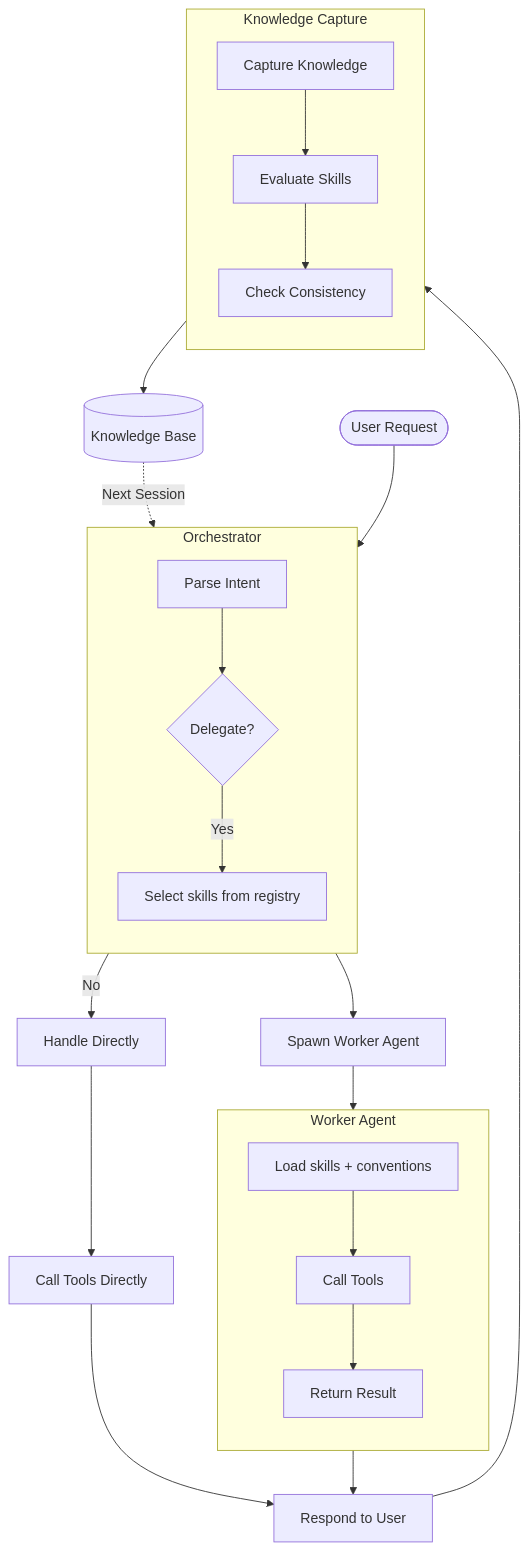
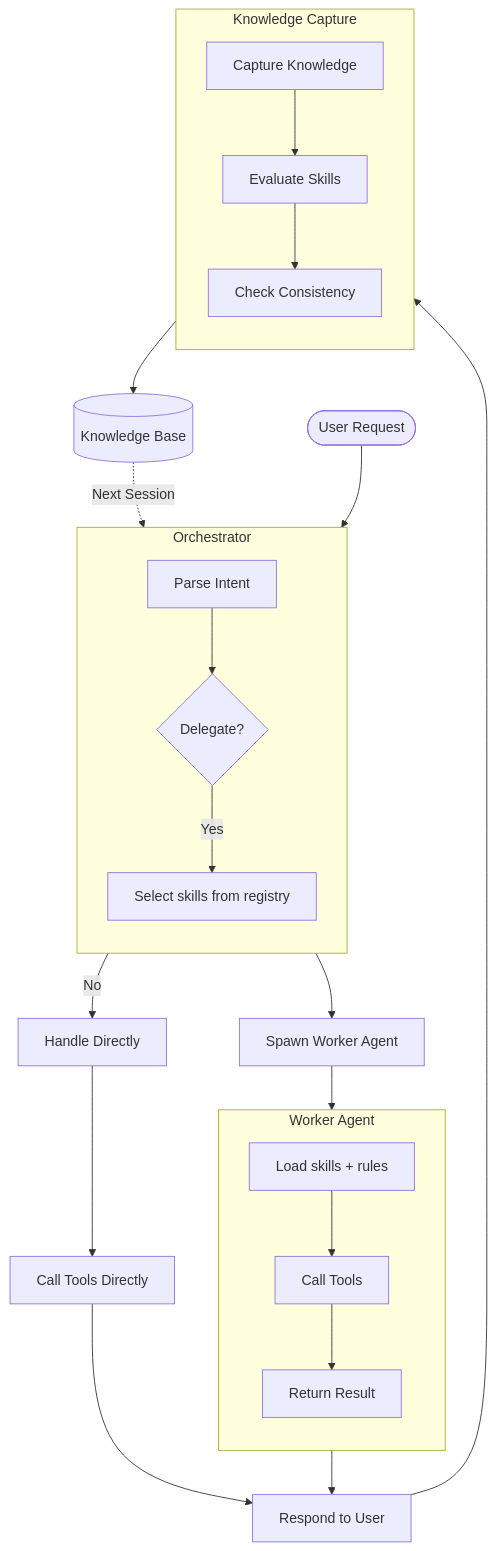
Before and after one commit to lorehq/lore-docs: the first of 3 diagrams in docs/concepts/how-it-works.md, drawn with Mermaid. The commit also changed other lines of this file and 31 other files, not shown here.

Commit message:
Taxonomy alignment: conventions→rules, gotcha skills→fieldnotes

````diff
--- a/docs/concepts/how-it-works.md
+++ b/docs/concepts/how-it-works.md
@@ -47,35 +56,35 @@
 ```mermaid
 flowchart TB
     User([User Request]) --> Orchestrator
 
     subgraph Orchestrator["Orchestrator"]
         direction TB
         Parse[Parse Intent] --> Decide{Delegate?}
         Decide -->|Yes| Select[Select skills from registry]
     end
 
     Decide -->|No| Direct[Handle Directly]
     Select --> Spawn[Spawn Worker Agent]
 
     subgraph Worker["Worker Agent"]
         direction TB
-        Load[Load skills + conventions] --> Tools[Call Tools]
+        Load[Load skills + rules] --> Tools[Call Tools]
         Tools --> Result[Return Result]
     end
 
     Spawn --> Worker
     Direct --> Tools2[Call Tools Directly]
     Worker --> Respond[Respond to User]
     Tools2 --> Respond
 
     Respond --> Capture
 
     subgraph Capture["Knowledge Capture"]
         direction TB
         H1[Capture Knowledge] --> H2[Evaluate Skills]
         H2 --> H3[Check Consistency]
     end
 
     Capture --> KB[(Knowledge Base)]
     KB -.->|Next Session| Parse
 ```
````
